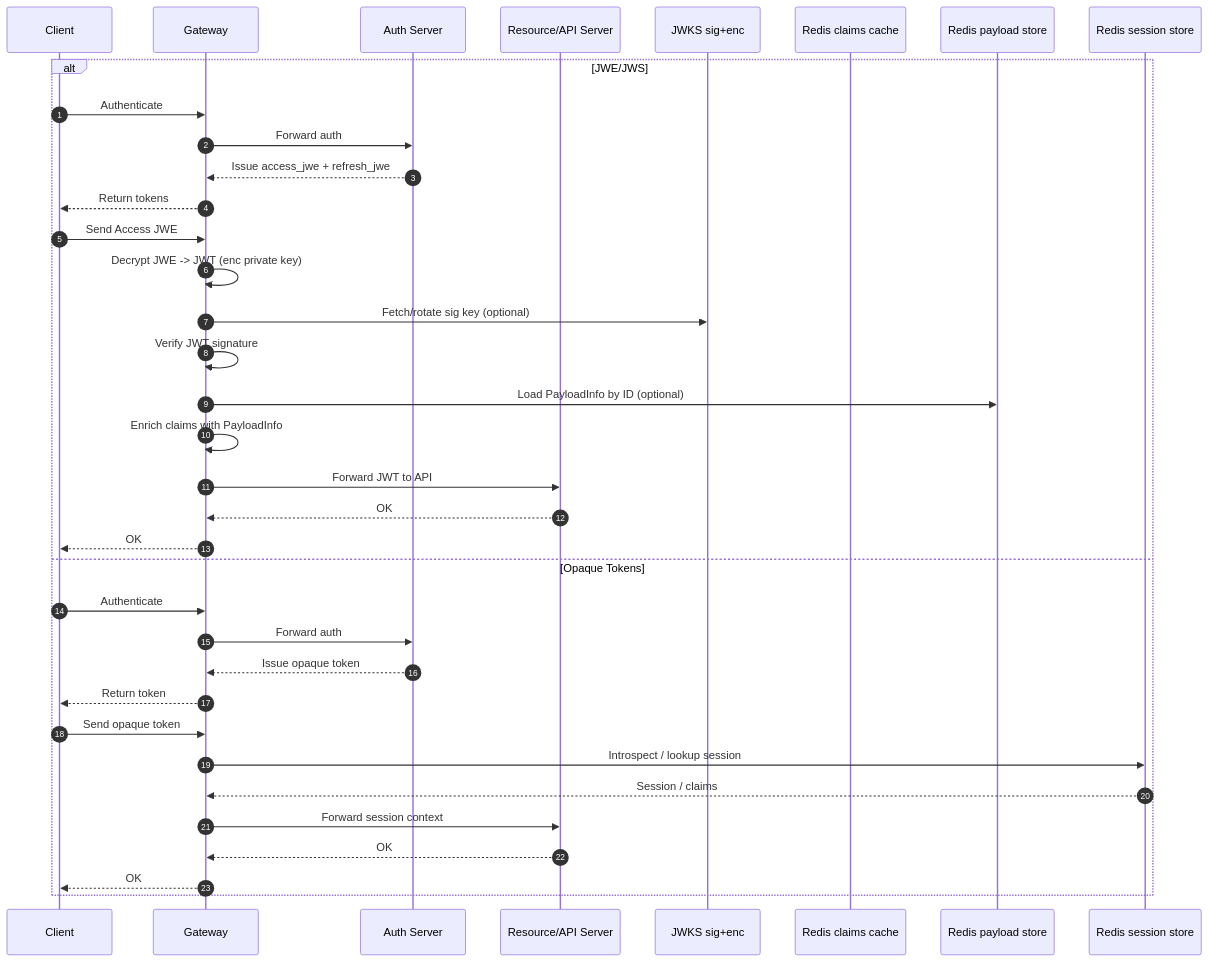
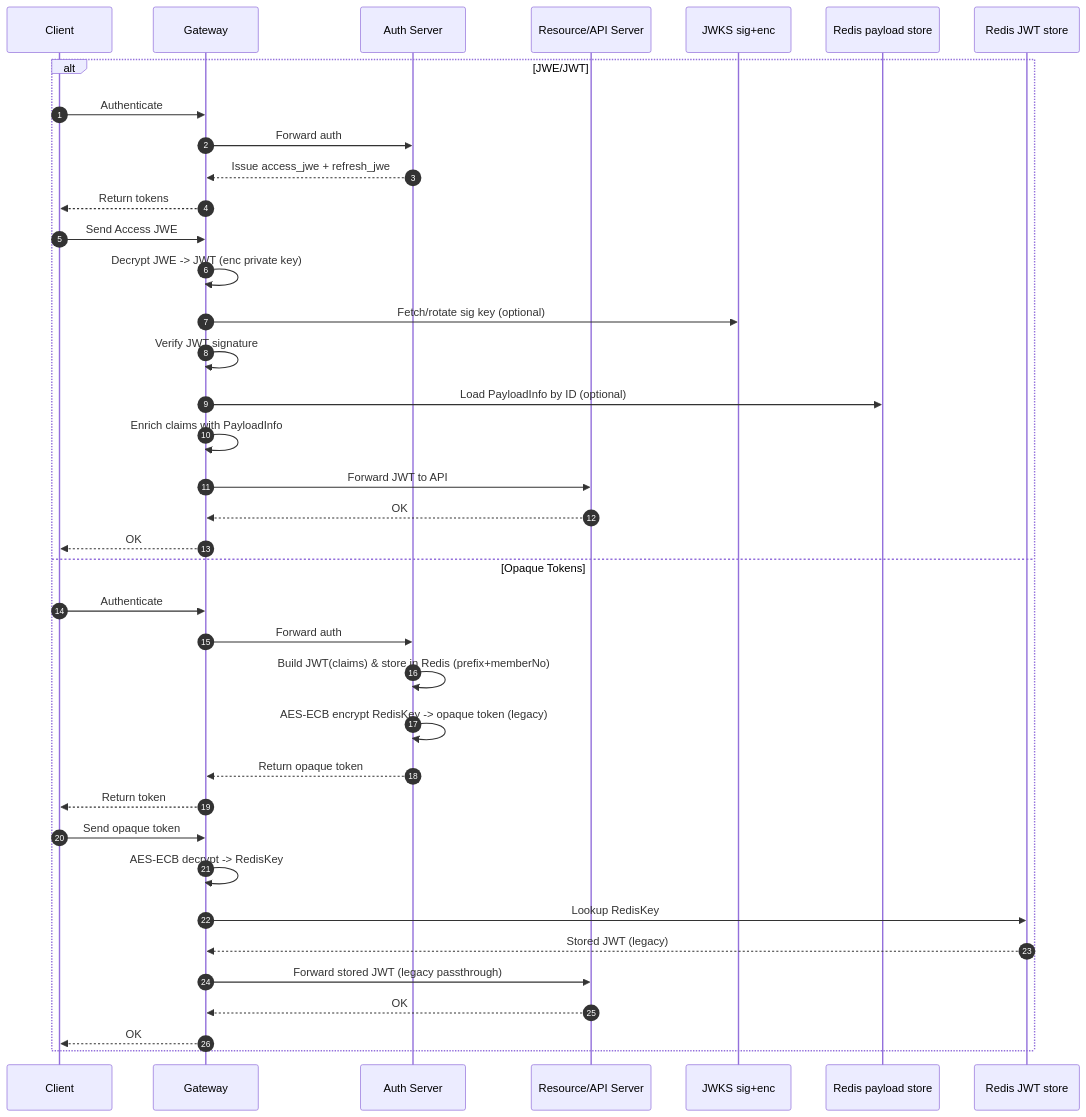
Before and after one commit to cstcen/tokens: the diagram in docs/jwe-vs-opaque.md, drawn with Mermaid. The commit also changed other lines of this file and 2 other files, not shown here.

Commit message:
feat: refactor auto-login and add refresh token rotation functionality

````diff
--- a/docs/jwe-vs-opaque.md
+++ b/docs/jwe-vs-opaque.md
@@ -5,41 +5,43 @@
 ```mermaid
 sequenceDiagram
   autonumber
   participant C as Client
   participant GW as Gateway
   participant AS as Auth Server
   participant RS as Resource/API Server
   participant JWKS as JWKS sig+enc
-  participant Cache as Redis claims cache
   participant Payload as Redis payload store
-  participant Store as Redis session store
+  participant Store as Redis JWT store
 
-  alt JWE/JWS
+  alt JWE/JWT
     C->>GW: Authenticate
     GW->>AS: Forward auth
     AS-->>GW: Issue access_jwe + refresh_jwe
     GW-->>C: Return tokens
 
     C->>GW: Send Access JWE
       GW->>GW: Decrypt JWE -> JWT (enc private key)
     GW->>JWKS: Fetch/rotate sig key (optional)
       GW->>GW: Verify JWT signature
     GW->>Payload: Load PayloadInfo by ID (optional)
       GW->>GW: Enrich claims with PayloadInfo
     GW->>RS: Forward JWT to API
     RS-->>GW: OK
     GW-->>C: OK
   else Opaque Tokens
     C->>GW: Authenticate
     GW->>AS: Forward auth
-    AS-->>GW: Issue opaque token
+    AS->>AS: Build JWT(claims) & store in Redis (prefix+memberNo)
+    AS->>AS: AES-ECB encrypt RedisKey -> opaque token (legacy)
+    AS-->>GW: Return opaque token
     GW-->>C: Return token
 
     C->>GW: Send opaque token
-    GW->>Store: Introspect / lookup session
-    Store-->>GW: Session / claims
-    GW->>RS: Forward session context
+    GW->>GW: AES-ECB decrypt -> RedisKey
+    GW->>Store: Lookup RedisKey
+    Store-->>GW: Stored JWT (legacy)
+    GW->>RS: Forward stored JWT (legacy passthrough)
     RS-->>GW: OK
     GW-->>C: OK
   end
 ```
````
